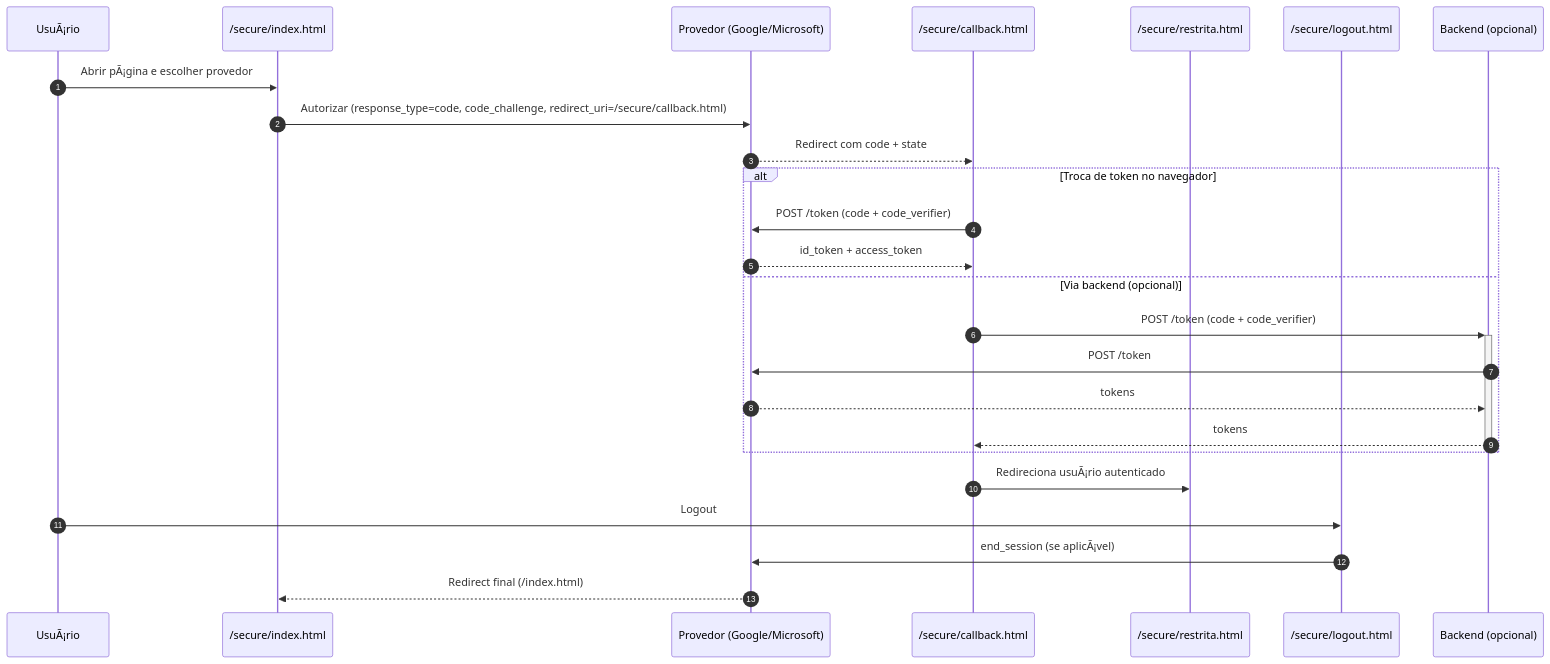
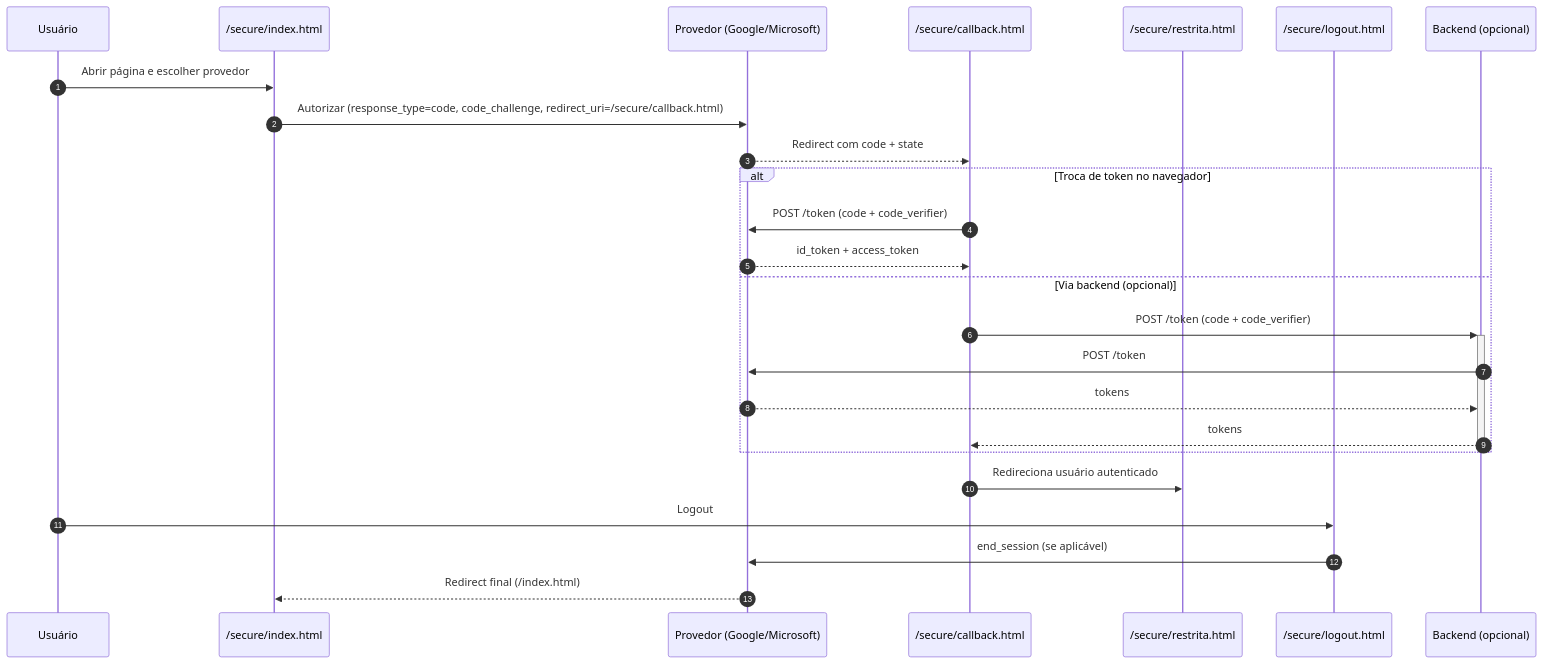
The diagram in README.md (chmulato/caracore-site), drawn with Mermaid before and after one commit. The commit also changed other lines of this file and 29 other files, not shown here.

````diff
--- a/README.md
+++ b/README.md
@@ -195,30 +195,30 @@
 ```mermaid
 sequenceDiagram
    autonumber
-   participant U as UsuÃ¡rio
+   participant U as Usuário
    participant I as /secure/index.html
    participant P as Provedor (Google/Microsoft)
    participant C as /secure/callback.html
    participant R as /secure/restrita.html
    participant L as /secure/logout.html
    participant Bk as Backend (opcional)
 
-   U->>I: Abrir pÃ¡gina e escolher provedor
+   U->>I: Abrir página e escolher provedor
    I->>P: Autorizar (response_type=code, code_challenge, redirect_uri=/secure/callback.html)
    P-->>C: Redirect com code + state
 
    alt Troca de token no navegador
       C->>P: POST /token (code + code_verifier)
       P-->>C: id_token + access_token
    else Via backend (opcional)
       C->>+Bk: POST /token (code + code_verifier)
       Bk->>P: POST /token
       P-->>Bk: tokens
       Bk-->>-C: tokens
    end
 
-   C->>R: Redireciona usuÃ¡rio autenticado
+   C->>R: Redireciona usuário autenticado
    U->>L: Logout
-   L->>P: end_session (se aplicÃ¡vel)
+   L->>P: end_session (se aplicável)
    P-->>I: Redirect final (/index.html)
 ```
````
